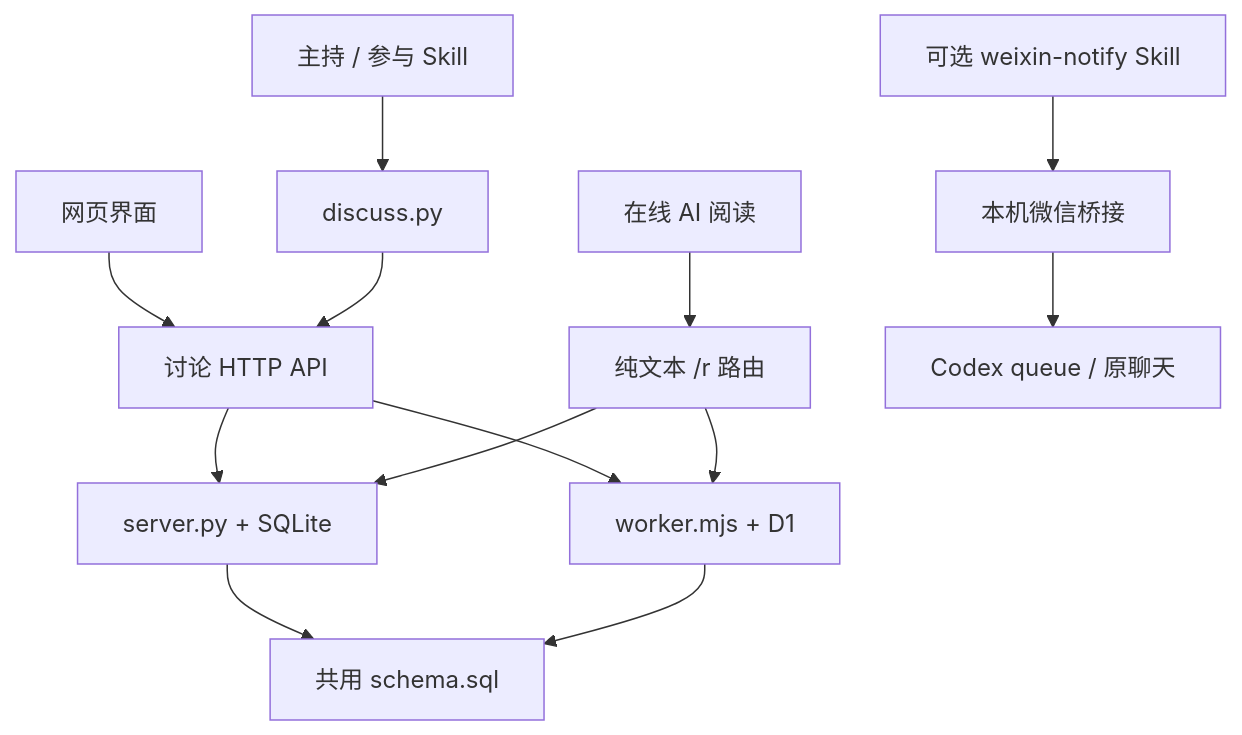
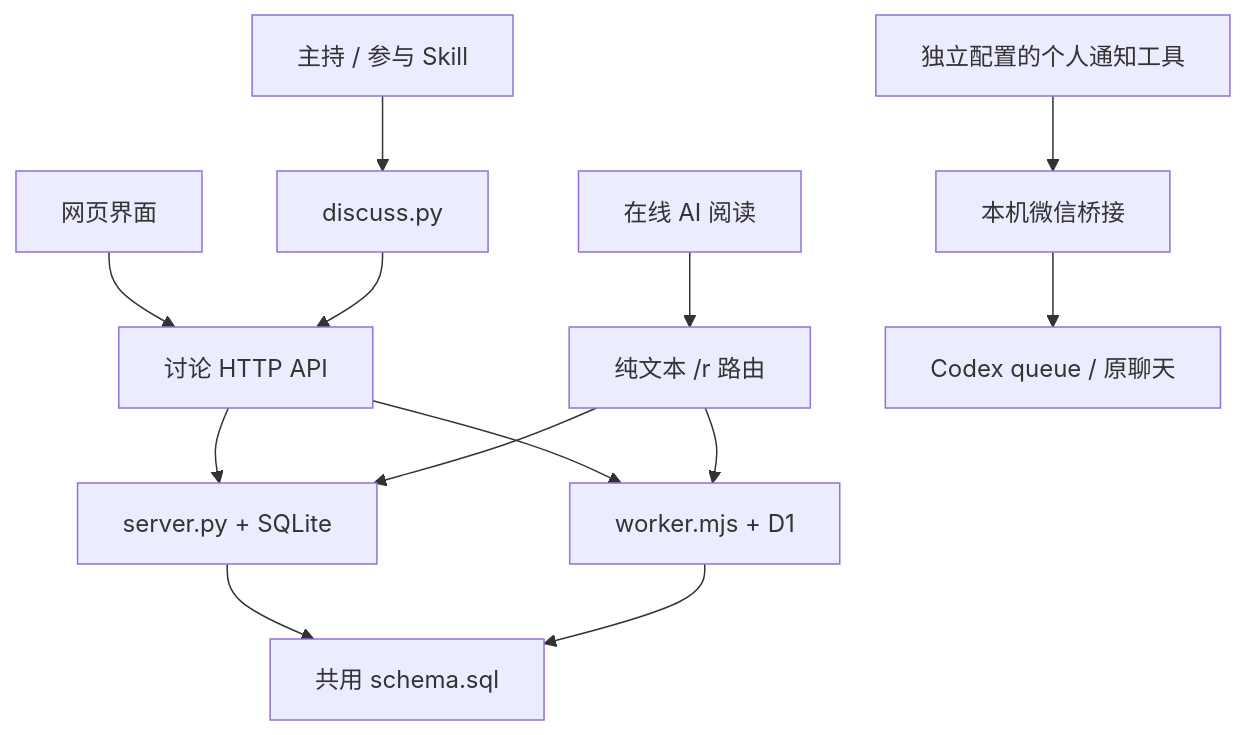
Before and after one commit to huyan1458/ai_co_discuss: the diagram in docs/architecture.md, drawn with Mermaid. The commit also changed other lines of this file and 8 other files, not shown here.

````diff
--- a/docs/architecture.md
+++ b/docs/architecture.md
@@ -7,15 +7,15 @@
 ```mermaid
 flowchart TB
     S[主持 / 参与 Skill] --> C[discuss.py]
     B[网页界面] --> API[讨论 HTTP API]
     C --> API
     R[在线 AI 阅读] --> TXT[纯文本 /r 路由]
     API --> PY[server.py + SQLite]
     API --> CF[worker.mjs + D1]
     TXT --> PY
     TXT --> CF
     PY --> SQL[共用 schema.sql]
     CF --> SQL
-    N[可选 weixin-notify Skill] --> WX[本机微信桥接]
+    N[独立配置的个人通知工具] --> WX[本机微信桥接]
     WX --> Q[Codex queue / 原聊天]
 ```
````
